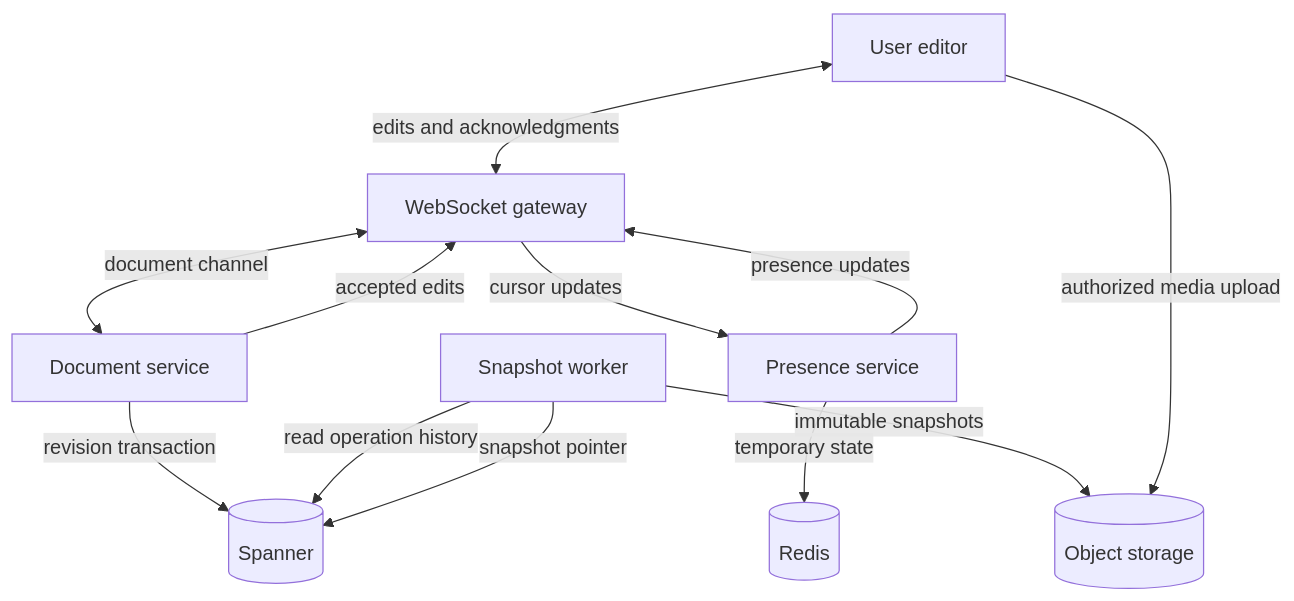
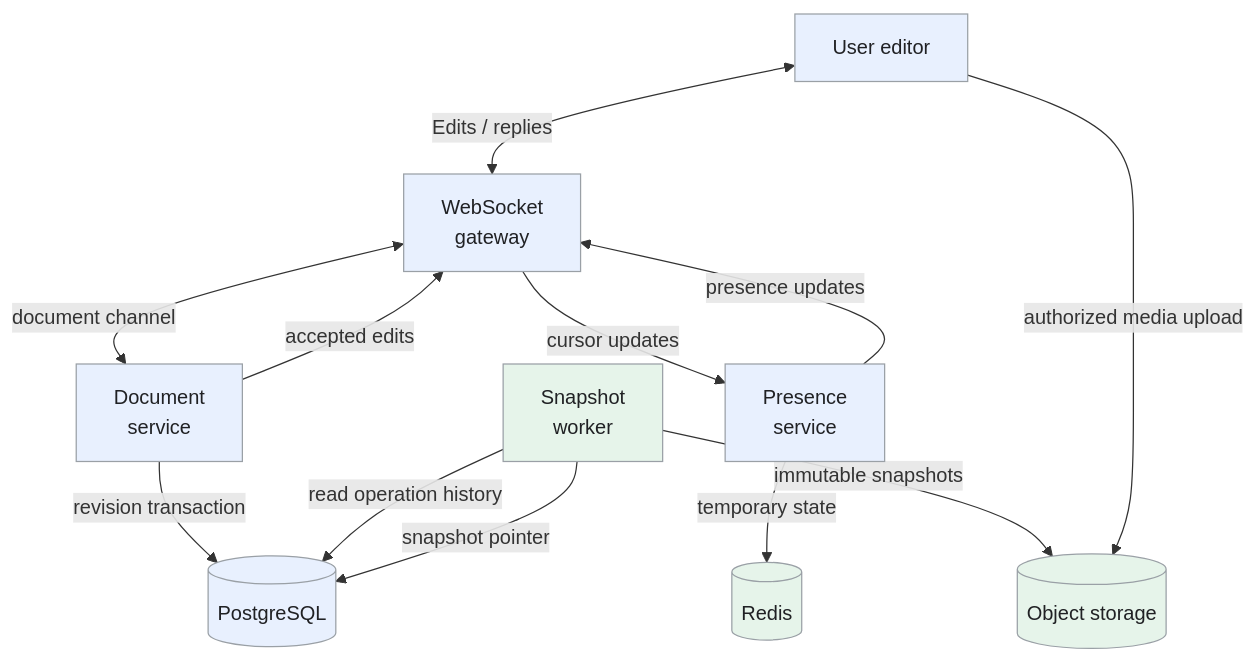
One commit to iliazlobin/iliazlobin.github.io changed the first of 5 diagrams in _designs/system-design-google-docs.md. Above: the diagram before and after it, drawn with Mermaid. The commit also changed other lines of this file and 131 other files, not shown here.

````diff
--- a/_designs/system-design-google-docs.md
+++ b/_designs/system-design-google-docs.md
@@ -136,14 +136,19 @@
 ```mermaid
 flowchart TB
-  U[User editor] <-->|edits and acknowledgments| G[WebSocket gateway]
-  G <-->|document channel| E[Document service]
-  G -->|cursor updates| P[Presence service]
-  E -->|revision transaction| D[(Spanner)]
+  U[User editor] <-->|Edits / replies| G["WebSocket<br>gateway"]
+  G <-->|document channel| E["Document<br>service"]
+  G -->|cursor updates| P["Presence<br>service"]
+  E -->|revision transaction| D[(PostgreSQL)]
   E -->|accepted edits| G
-  S[Snapshot worker] -->|read operation history| D
+  S["Snapshot<br>worker"] -->|read operation history| D
   S -->|immutable snapshots| O[(Object storage)]
   S -->|snapshot pointer| D
   U -->|authorized media upload| O
   P -->|temporary state| R[(Redis)]
   P -->|presence updates| G
+  classDef request fill:#e8f0fe,stroke:#9aa0a6,color:#202124,stroke-width:1px
+  classDef background fill:#e6f4ea,stroke:#9aa0a6,color:#202124,stroke-width:1px
+  classDef control fill:#fef7e0,stroke:#9aa0a6,color:#202124,stroke-width:1px
+  class U,G,E,P,D request
+  class S,O,R background
 ```
````
